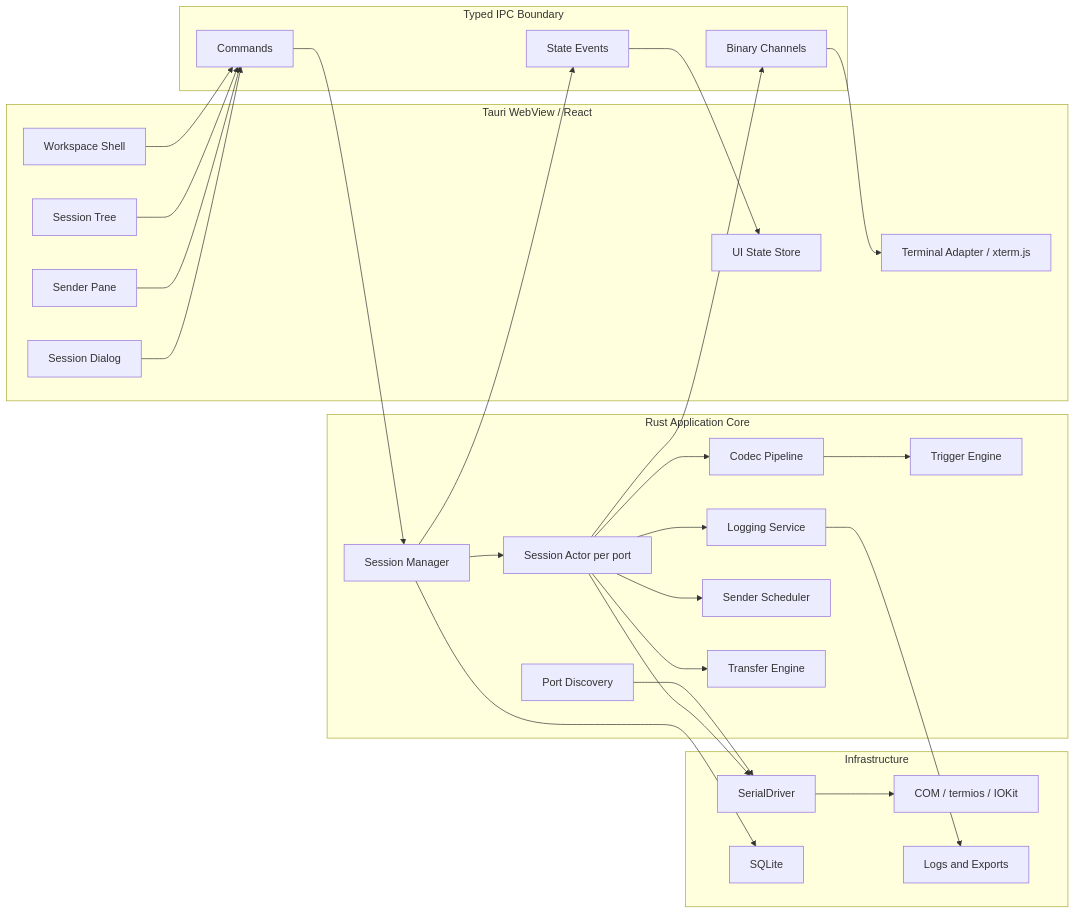
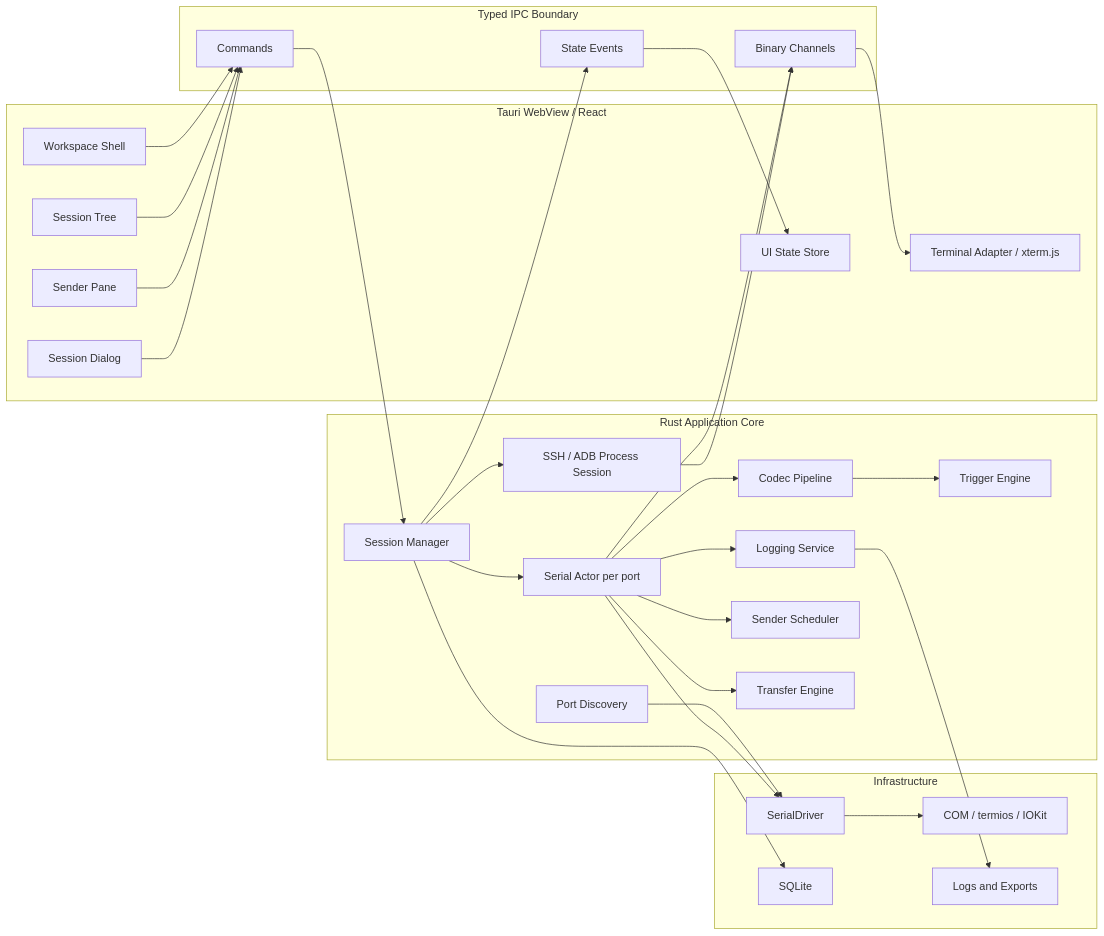
The first of 4 diagrams in docs/03-architecture.md (Oublie-le/iTerm), drawn with Mermaid before and after one commit. The commit also changed other lines of this file and 7 other files, not shown here.

Commit message:
Document SSH and ADB workflows

````diff
--- a/docs/03-architecture.md
+++ b/docs/03-architecture.md
@@ -57,56 +59,59 @@
 ```mermaid
 flowchart LR
     subgraph UI["Tauri WebView / React"]
         Shell["Workspace Shell"]
         Tree["Session Tree"]
         Term["Terminal Adapter / xterm.js"]
         Sender["Sender Pane"]
         Dialog["Session Dialog"]
         Store["UI State Store"]
     end
 
     subgraph IPC["Typed IPC Boundary"]
         Cmd["Commands"]
         Channel["Binary Channels"]
         Event["State Events"]
     end
 
     subgraph Core["Rust Application Core"]
         Manager["Session Manager"]
-        Actor["Session Actor per port"]
+        Actor["Serial Actor per port"]
+        Process["SSH / ADB Process Session"]
         Discovery["Port Discovery"]
         Codec["Codec Pipeline"]
         Logger["Logging Service"]
         Scheduler["Sender Scheduler"]
         Transfer["Transfer Engine"]
         Trigger["Trigger Engine"]
     end
 
     subgraph Infra["Infrastructure"]
         Driver["SerialDriver"]
         OS["COM / termios / IOKit"]
         DB["SQLite"]
         FS["Logs and Exports"]
     end
 
     Shell --> Cmd
     Tree --> Cmd
     Sender --> Cmd
     Dialog --> Cmd
     Cmd --> Manager
     Manager --> Actor
+    Manager --> Process
     Discovery --> Driver
     Actor --> Driver
     Actor --> Codec
     Actor --> Logger
     Actor --> Scheduler
     Actor --> Transfer
     Codec --> Trigger
     Actor --> Channel
+    Process --> Channel
     Manager --> Event
     Channel --> Term
     Event --> Store
     Driver --> OS
     Manager --> DB
     Logger --> FS
 ```
````
